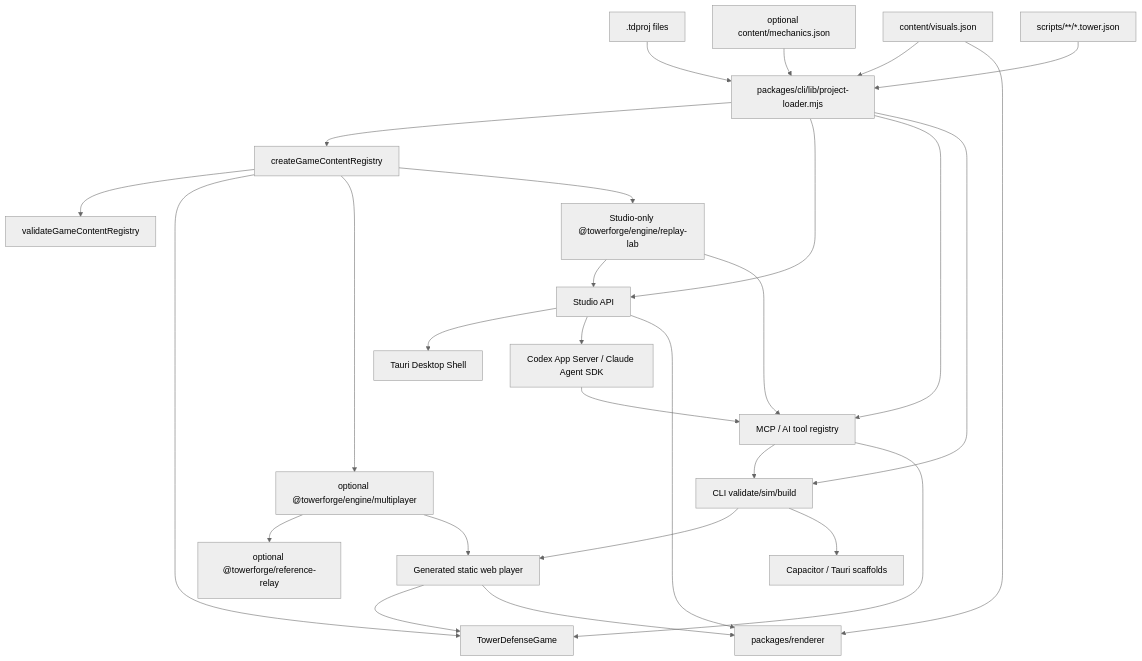
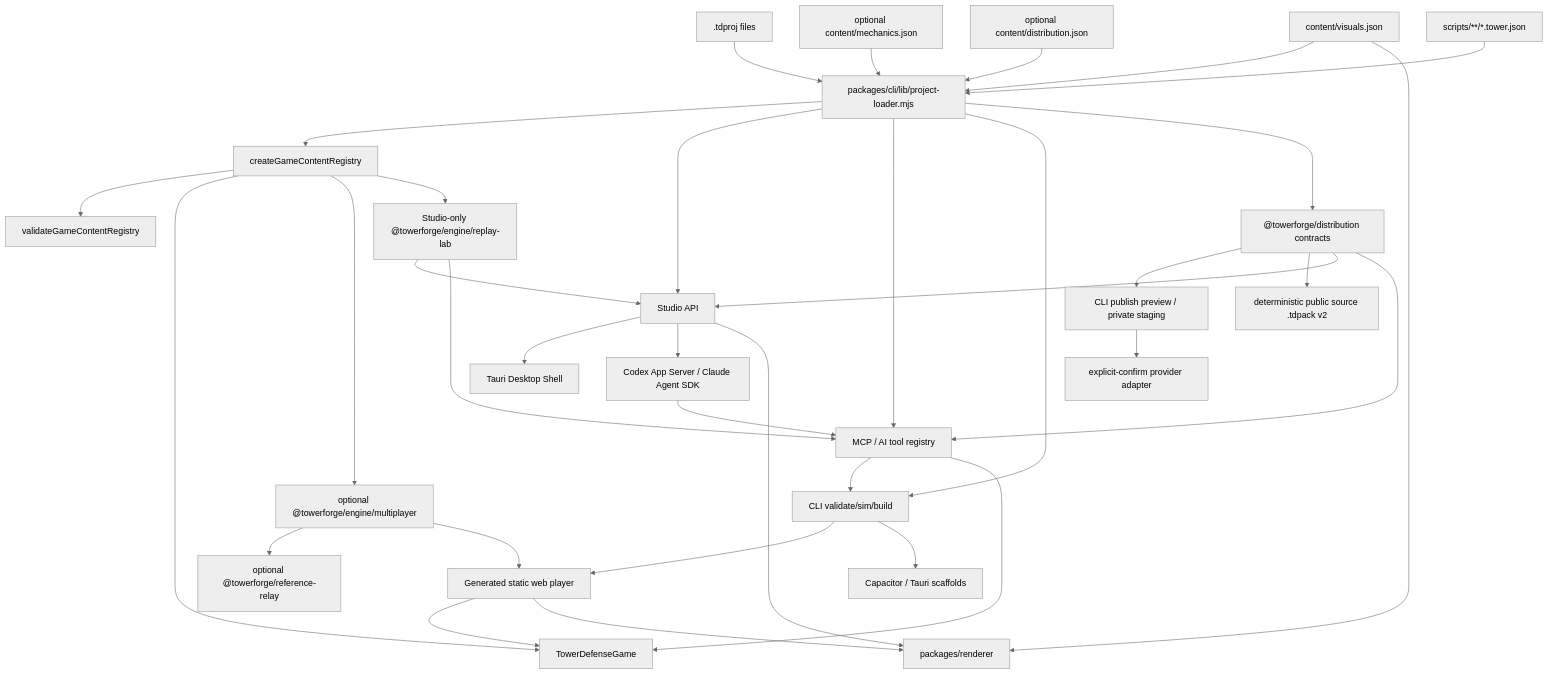
The diagram in ARCHITECTURE.md (Lindforge-Studios/TowerForge), drawn with Mermaid (neutral theme) before and after one commit. The commit also changed other lines of this file and 75 other files, not shown here.

Commit message:
feat: complete R17 web publish remix and monetization

````diff
--- a/ARCHITECTURE.md
+++ b/ARCHITECTURE.md
@@ -49,30 +52,37 @@
 ```mermaid
 flowchart TD
   Project[".tdproj files"] --> Loader["packages/cli/lib/project-loader.mjs"]
   Mechanics["optional content/mechanics.json"] --> Loader
+  Distribution["optional content/distribution.json"] --> Loader
   Visuals["content/visuals.json"] --> Loader
   Scripts["scripts/**/*.tower.json"] --> Loader
   Loader --> Registry["createGameContentRegistry"]
   Registry --> Validate["validateGameContentRegistry"]
   Registry --> Sim["TowerDefenseGame"]
   Registry --> Match["optional @towerforge/engine/multiplayer"]
   Registry --> ReplayLab["Studio-only @towerforge/engine/replay-lab"]
   Match --> Relay["optional @towerforge/reference-relay"]
   Loader --> Studio["Studio API"]
   Studio --> Desktop["Tauri Desktop Shell"]
   Loader --> MCP["MCP / AI tool registry"]
   Studio --> Runtime["Codex App Server / Claude Agent SDK"]
   Runtime --> MCP
   Loader --> CLI["CLI validate/sim/build"]
   CLI --> Player["Generated static web player"]
   Match --> Player
   CLI --> Package["Capacitor / Tauri scaffolds"]
+  Loader --> DistributionCore["@towerforge/distribution contracts"]
+  DistributionCore --> Publish["CLI publish preview / private staging"]
+  Publish --> Provider["explicit-confirm provider adapter"]
+  DistributionCore --> Remix["deterministic public source .tdpack v2"]
+  DistributionCore --> Studio
+  DistributionCore --> MCP
   MCP --> CLI
   MCP --> Sim
   Player --> Sim
   Player --> Renderer["packages/renderer"]
   Studio --> Renderer
   ReplayLab --> Studio
   ReplayLab --> MCP
   Visuals --> Renderer
 ```
````
